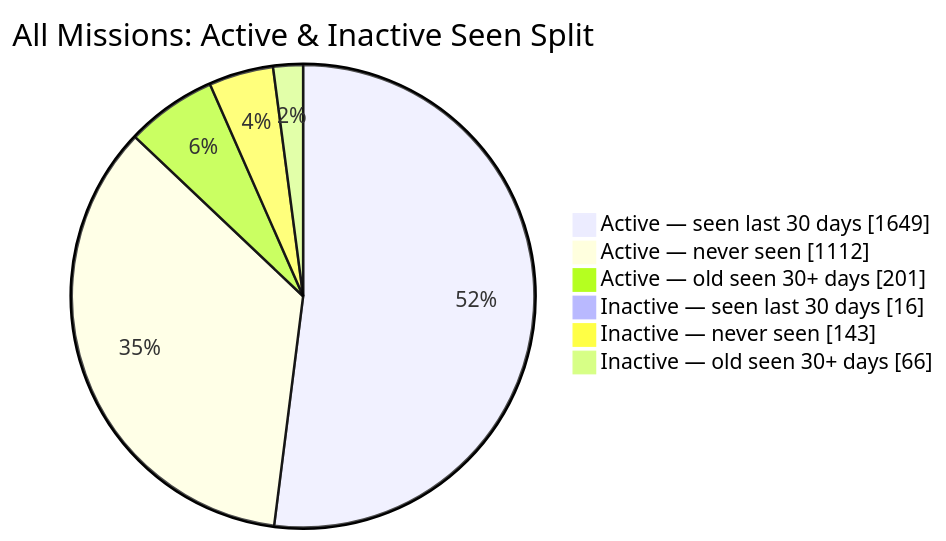
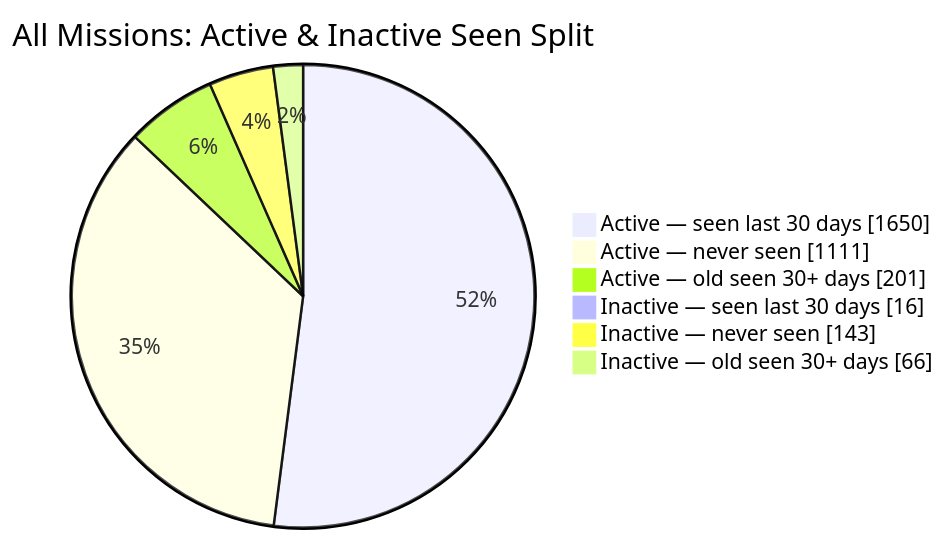
Before and after one commit to MeldkamerspelGameTeam/active-missions: the second of 2 diagrams in README.md, drawn with Mermaid. The commit also changed other lines of this file and 2 other files, not shown here.

````diff
--- a/README.md
+++ b/README.md
@@ -44,10 +44,10 @@
 ```mermaid
 pie showData
     title All Missions: Active & Inactive Seen Split
-    "Active — seen last 30 days" : 1649
-    "Active — never seen" : 1112
+    "Active — seen last 30 days" : 1650
+    "Active — never seen" : 1111
     "Active — old seen 30+ days" : 201
     "Inactive — seen last 30 days" : 16
     "Inactive — never seen" : 143
     "Inactive — old seen 30+ days" : 66
 ```
````
